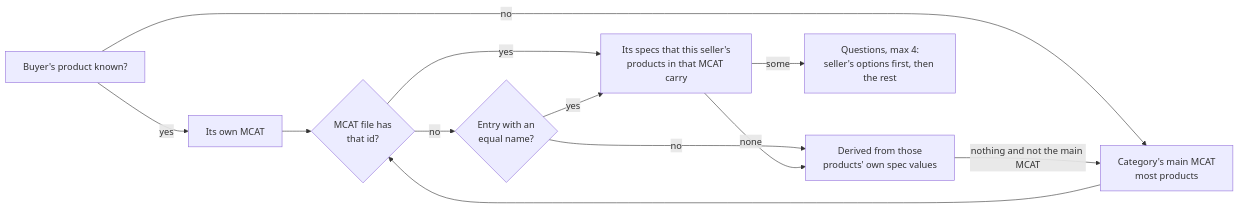
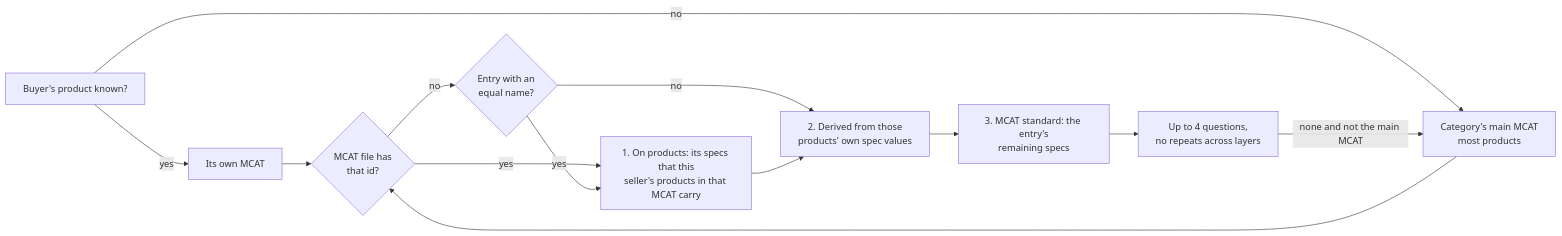
One commit to nitinsinghbalyan/chat-bot changed the fifth of 5 diagrams in docs/ARCHITECTURE.md. Above: the diagram before and after it, drawn with Mermaid. The commit also changed other lines of this file and 10 other files, not shown here.

First line of the commit message:
Spec questions in three layers so every product gets its full set of questions

````diff
--- a/docs/ARCHITECTURE.md
+++ b/docs/ARCHITECTURE.md
@@ -151,14 +151,15 @@
 ```mermaid
 flowchart LR
   P[Buyer's product known?] -->|yes| PM[Its own MCAT]
   P -->|no| MM[Category's main MCAT<br/>most products]
   PM --> F{MCAT file has<br/>that id?}
   MM --> F
   F -->|no| N{Entry with an<br/>equal name?}
-  F -->|yes| S[Its specs that this seller's<br/>products in that MCAT carry]
+  F -->|yes| S[1. On products: its specs that this<br/>seller's products in that MCAT carry]
   N -->|yes| S
   N -->|no| D
-  S -->|some| Q[Questions, max 4:<br/>seller's options first, then the rest]
-  S -->|none| D[Derived from those<br/>products' own spec values]
-  D -->|nothing and not the main MCAT| MM
+  S --> D[2. Derived from those<br/>products' own spec values]
+  D --> T[3. MCAT standard: the entry's<br/>remaining specs]
+  T --> Q[Up to 4 questions,<br/>no repeats across layers]
+  Q -->|none and not the main MCAT| MM
 ```
````
